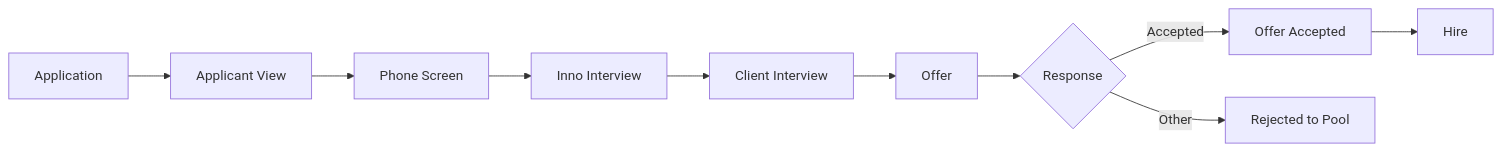
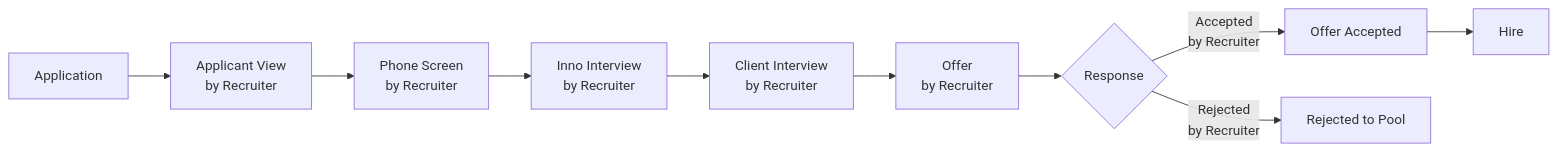
The second of 2 diagrams in scripts/metabase/diagrams/requisition-application-progress-model.md (dsg-innosource/data-platform), drawn with Mermaid before and after one commit. The commit also changed other lines of this file and 1 other file, not shown here.

First line of the commit message:
Add recruiter attribution to requisition application progress model

````diff
--- a/scripts/metabase/diagrams/requisition-application-progress-model.md
+++ b/scripts/metabase/diagrams/requisition-application-progress-model.md
@@ -92,12 +102,12 @@
 ```mermaid
 flowchart LR
-    A[Application] --> B[Applicant View]
-    B --> C[Phone Screen]
-    C --> D[Inno Interview]
-    D --> E[Client Interview]
-    E --> F[Offer]
+    A[Application] --> B[Applicant View<br/>by Recruiter]
+    B --> C[Phone Screen<br/>by Recruiter]
+    C --> D[Inno Interview<br/>by Recruiter]
+    D --> E[Client Interview<br/>by Recruiter]
+    E --> F[Offer<br/>by Recruiter]
     F --> G{Response}
-    G -->|Accepted| H[Offer Accepted]
-    G -->|Other| I[Rejected to Pool]
+    G -->|Accepted<br/>by Recruiter| H[Offer Accepted]
+    G -->|Rejected<br/>by Recruiter| I[Rejected to Pool]
     H --> J[Hire]
 ```
````
